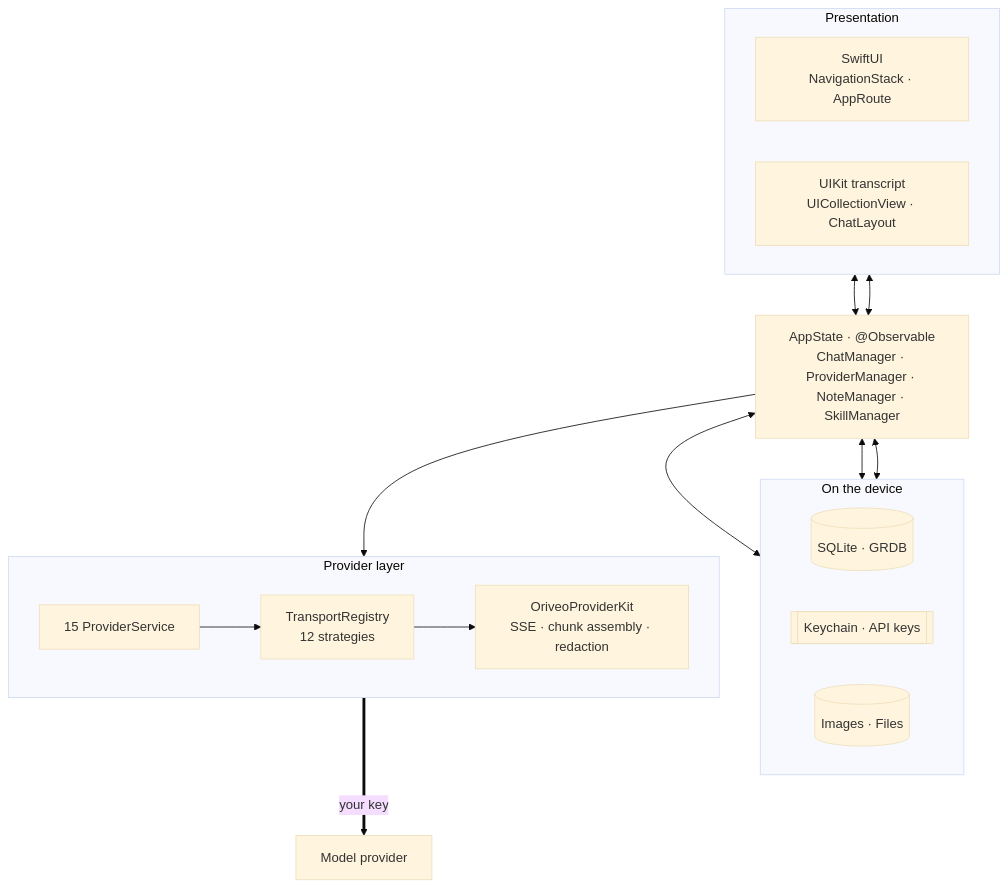
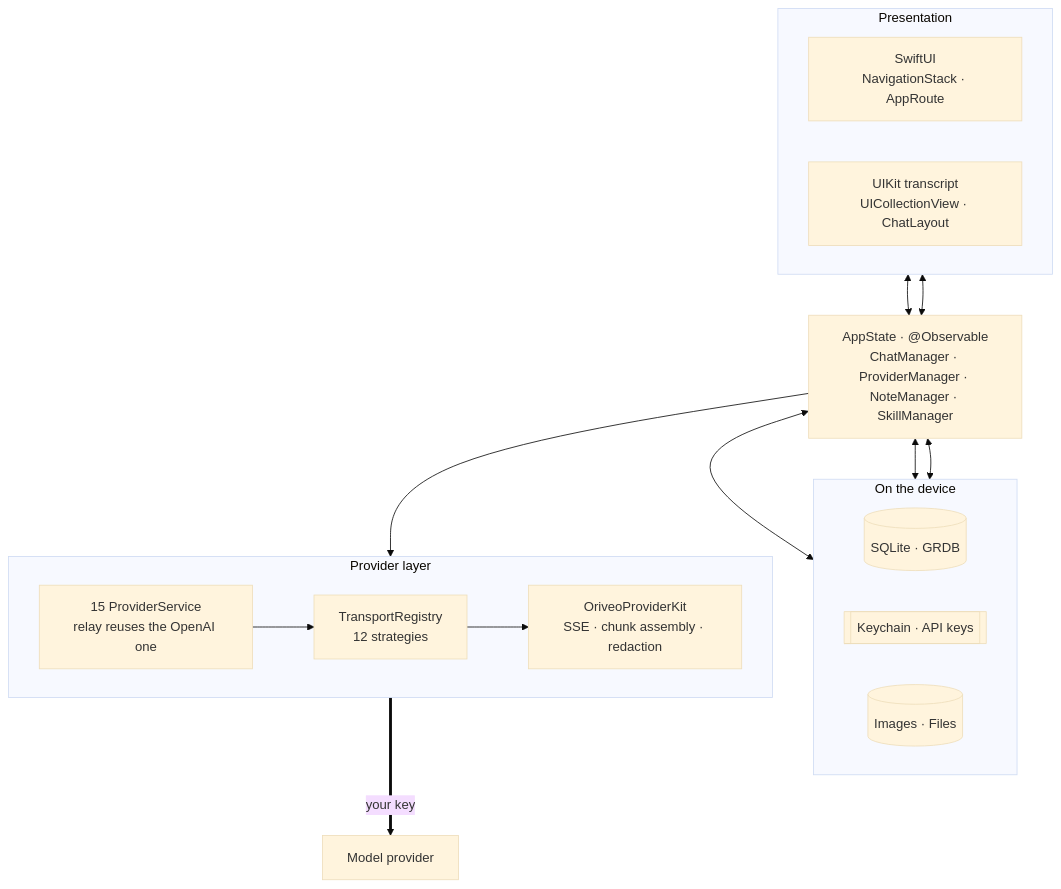
The first of 2 diagrams in ios/README.md (oriveo/oriveo), drawn with Mermaid (base theme) before and after one commit. The commit also changed other lines of this file and 6 other files, not shown here.

````diff
--- a/ios/README.md
+++ b/ios/README.md
@@ -47,30 +47,30 @@
 ```mermaid
 flowchart TB
     subgraph ui ["Presentation"]
         direction LR
         swiftui["SwiftUI<br/>NavigationStack · AppRoute"]
         uikit["UIKit transcript<br/>UICollectionView · ChatLayout"]
     end
 
     appstate["AppState · @Observable<br/>ChatManager · ProviderManager · NoteManager · SkillManager"]
 
     subgraph store ["On the device"]
         direction LR
         grdb[("SQLite · GRDB")]
         keychain[["Keychain · API keys"]]
         files[("Images · Files")]
     end
 
     subgraph provider ["Provider layer"]
         direction LR
-        services["15 ProviderService"]
+        services["15 ProviderService<br/>relay reuses the OpenAI one"]
         transports["TransportRegistry<br/>12 strategies"]
         kit["OriveoProviderKit<br/>SSE · chunk assembly · redaction"]
     end
 
     swiftui & uikit <--> appstate
     appstate <--> grdb & keychain & files
     appstate --> services
     services --> transports --> kit
     kit ==>|"your key"| up["Model provider"]
 ```
````
